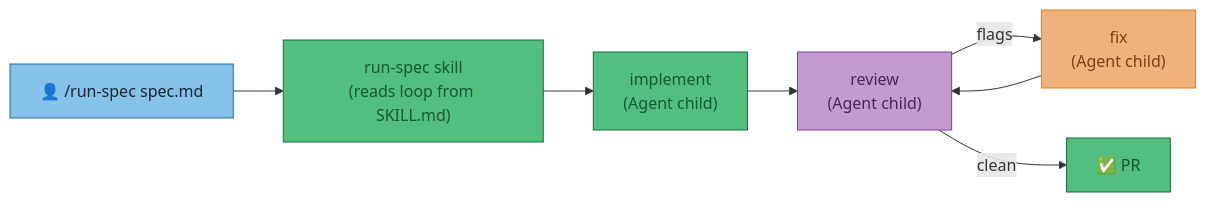
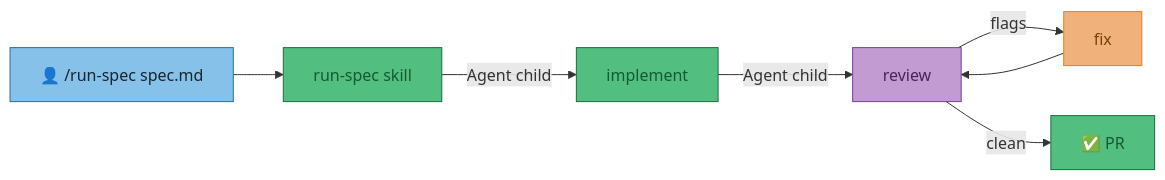
Before and after one commit to joeledwardson/dev-setup: the fourth of 8 diagrams in docs/appendix/adr/001-claude-code-orchestration.md, drawn with Mermaid. The commit also changed other lines of this file, not shown here.

````diff
--- a/docs/appendix/adr/001-claude-code-orchestration.md
+++ b/docs/appendix/adr/001-claude-code-orchestration.md
@@ -81,19 +144,16 @@
 ```mermaid
 flowchart LR
-    H["👤 /run-spec spec.md"]
-    SK["run-spec skill\n(reads loop from SKILL.md)"]
-    I["implement\n(Agent child)"]
-    R["review\n(Agent child)"]
-    FX["fix\n(Agent child)"]
-
-    H --> SK --> I --> R
-    R -->|flags| FX --> R
-    R -->|clean| DONE["✅ PR"]
+    H["👤 /run-spec spec.md"] --> SK["run-spec skill"]
+    SK -->|"Agent child"| I["implement"]
+    I -->|"Agent child"| R["review"]
+    R -->|flags| F["fix"]
+    F --> R
+    R -->|clean| D["✅ PR"]
 
     style H fill:#85c1e9,color:#1a252f,stroke:#2471a3
     style SK fill:#52be80,color:#145a32,stroke:#196f3d
     style I fill:#52be80,color:#145a32,stroke:#196f3d
     style R fill:#c39bd3,color:#4a235a,stroke:#7d3c98
-    style FX fill:#f0b27a,color:#784212,stroke:#e67e22
-    style DONE fill:#52be80,color:#145a32,stroke:#196f3d
+    style F fill:#f0b27a,color:#784212,stroke:#e67e22
+    style D fill:#52be80,color:#145a32,stroke:#196f3d
 ```
````
